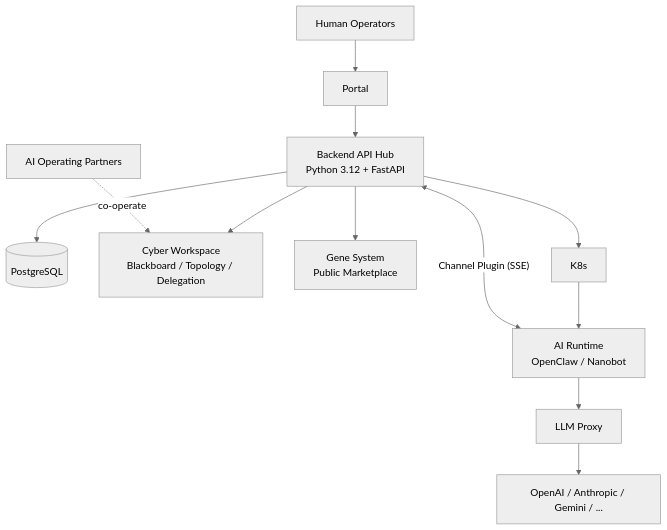
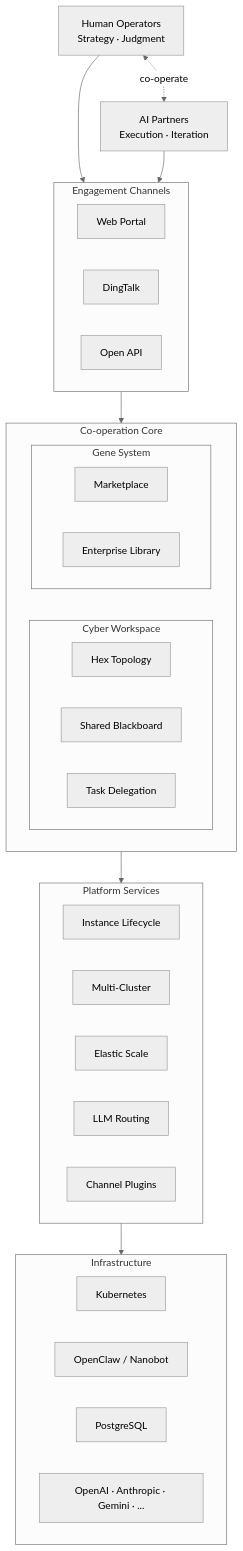
One commit to cccsaber/nodeskclaw changed the diagram in README.md. Above: the diagram before and after it, drawn with Mermaid (neutral theme). The commit also changed 1 other file, not shown here.

Commit message:
docs: README 架构图从技术流程图改为分层产品架构图

````diff
--- a/README.md
+++ b/README.md
@@ -42,16 +42,50 @@
 ```mermaid
-graph TD
-    Human["Human Operators"] --> Portal["Portal"]
-    Portal --> API["Backend API Hub<br>Python 3.12 + FastAPI"]
+flowchart TB
+    Human["Human Operators<br>Strategy · Judgment"] <-.->|"co-operate"| AI["AI Partners<br>Execution · Iteration"]
 
-    API --> DB[(PostgreSQL)]
-    API --> CW["Cyber Workspace<br>Blackboard / Topology / Delegation"]
-    API --> Gene["Gene System<br>Public Marketplace"]
-    API --> Compute["K8s"]
+    Human & AI --> channels
 
-    Compute --> Runtime["AI Runtime<br>OpenClaw / Nanobot"]
-    Runtime <-->|"Channel Plugin (SSE)"| API
-    Runtime --> LLM["LLM Proxy"] --> Providers["OpenAI / Anthropic / Gemini / ..."]
+    subgraph channels [" Engagement Channels "]
+        direction LR
+        Portal["Web Portal"]
+        DingTalk["DingTalk"]
+        OpenAPI["Open API"]
+    end
 
-    AIPartners["AI Operating Partners"] -.->|"co-operate"| CW
+    channels --> coopCore
+
+    subgraph coopCore [" Co-operation Core "]
+        subgraph cyberWS [" Cyber Workspace "]
+            direction LR
+            Topo["Hex Topology"]
+            Board["Shared Blackboard"]
+            Tasks["Task Delegation"]
+        end
+        subgraph geneSys [" Gene System "]
+            direction LR
+            Market["Marketplace"]
+            EntLib["Enterprise Library"]
+        end
+    end
+
+    coopCore --> platform
+
+    subgraph platform [" Platform Services "]
+        direction LR
+        Instance["Instance Lifecycle"]
+        Cluster["Multi-Cluster"]
+        Scale["Elastic Scale"]
+        LLMProxy["LLM Routing"]
+        ChPlugin["Channel Plugins"]
+    end
+
+    platform --> infra
+
+    subgraph infra [" Infrastructure "]
+        direction LR
+        K8s["Kubernetes"]
+        Runtime["OpenClaw / Nanobot"]
+        DB["PostgreSQL"]
+        LLMs["OpenAI · Anthropic · Gemini · ..."]
+    end
 ```
````
